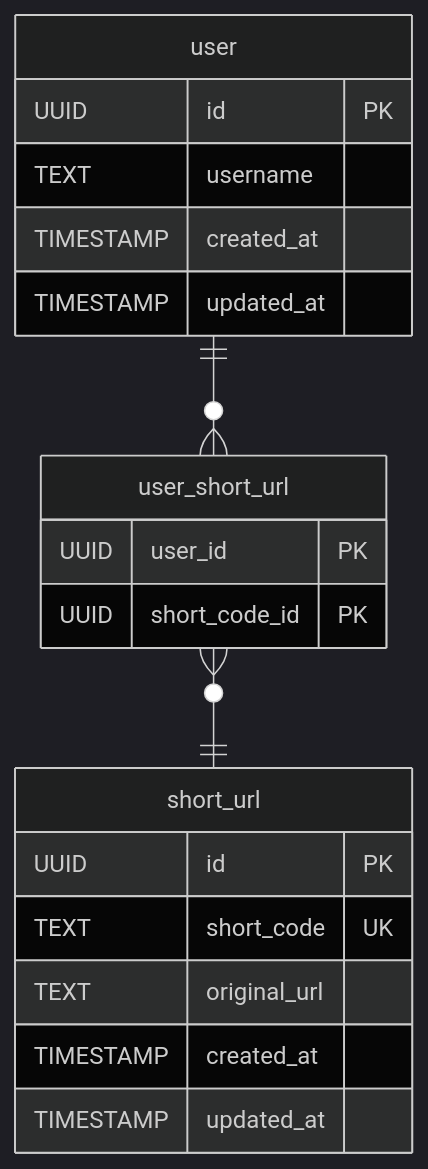
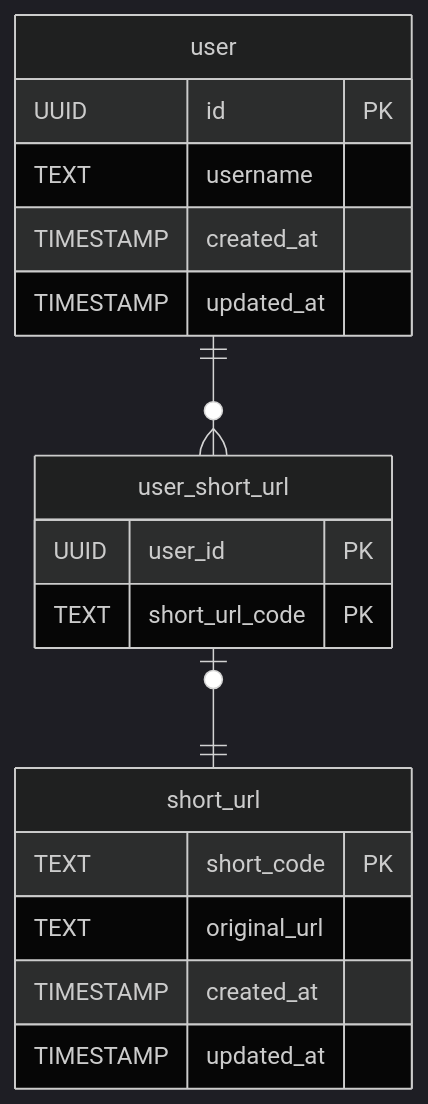
One commit to mlizandier/url-shortener changed the first of 6 diagrams in README.md. Above: the diagram before and after it, drawn with Mermaid (dark theme). The commit also changed other lines of this file and 2 other files, not shown here.

````diff
--- a/README.md
+++ b/README.md
@@ -52,22 +52,21 @@
 ```mermaid
 erDiagram
     user ||--o{ user_short_url: ""
-    user_short_url }o--|| short_url: ""
+    user_short_url |o--|| short_url: ""
     user {
         UUID id PK
         TEXT username
         TIMESTAMP created_at
         TIMESTAMP updated_at
     }
     user_short_url {
         UUID user_id PK
-        UUID short_code_id PK
+        TEXT short_url_code PK
     }
     short_url {
-        UUID id PK
-        TEXT short_code UK
+        TEXT short_code PK
         TEXT original_url
         TIMESTAMP created_at
         TIMESTAMP updated_at
     }
 ```
````
